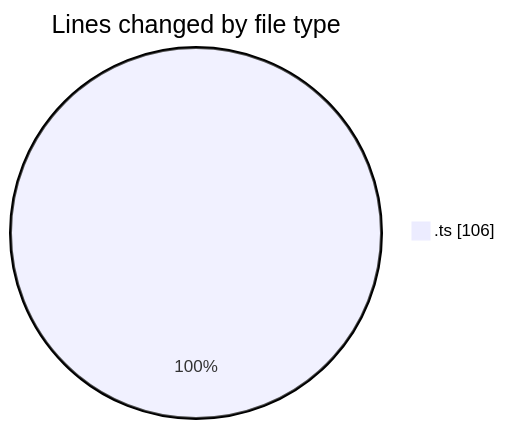
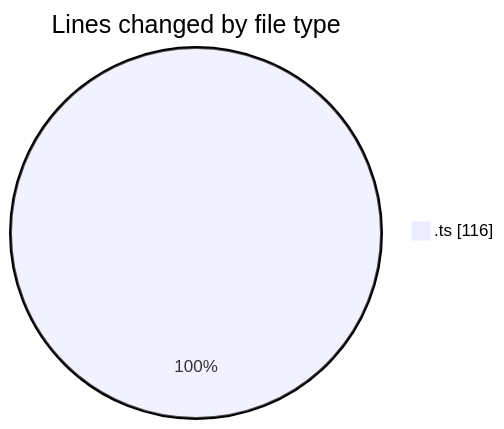
The first of 2 diagrams in 2025-02-09/maps_clone/README.md (donsfak/code-tracking), drawn with Mermaid before and after one commit. The commit also changed other lines of this file and 1 other file, not shown here.

````diff
--- a/2025-02-09/maps_clone/README.md
+++ b/2025-02-09/maps_clone/README.md
@@ -20,5 +20,5 @@
 ```mermaid
 pie showData
 title Lines changed by file type
-".ts" : 106
+".ts" : 116
 ```
````
